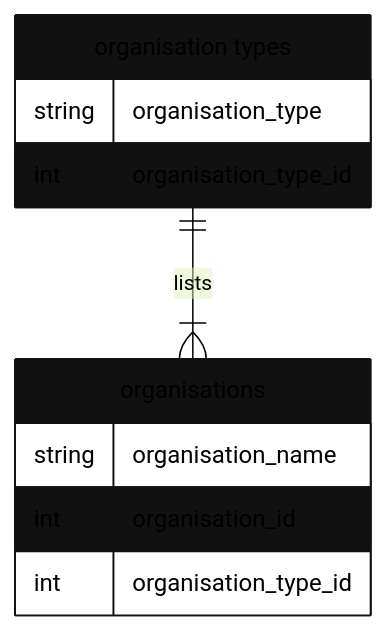
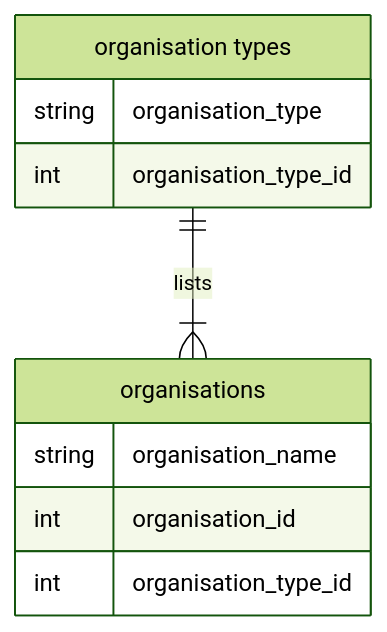
The diagram in data/README.md (data-intelligence-00003/fetch), drawn with Mermaid (forest theme) before and after one commit.

````diff
--- a/data/README.md
+++ b/data/README.md
@@ -16,15 +16,13 @@
 ```mermaid
 erDiagram
     typ["organisation types"]{
         string organisation_type
         int organisation_type_id
     }
     org[organisations]{
         string organisation_name
         int organisation_id
         int organisation_type_id 
     }
     typ ||--|{ org : lists
-
-    classDef default fill:#111111,stroke:#111111;
 ```
````
